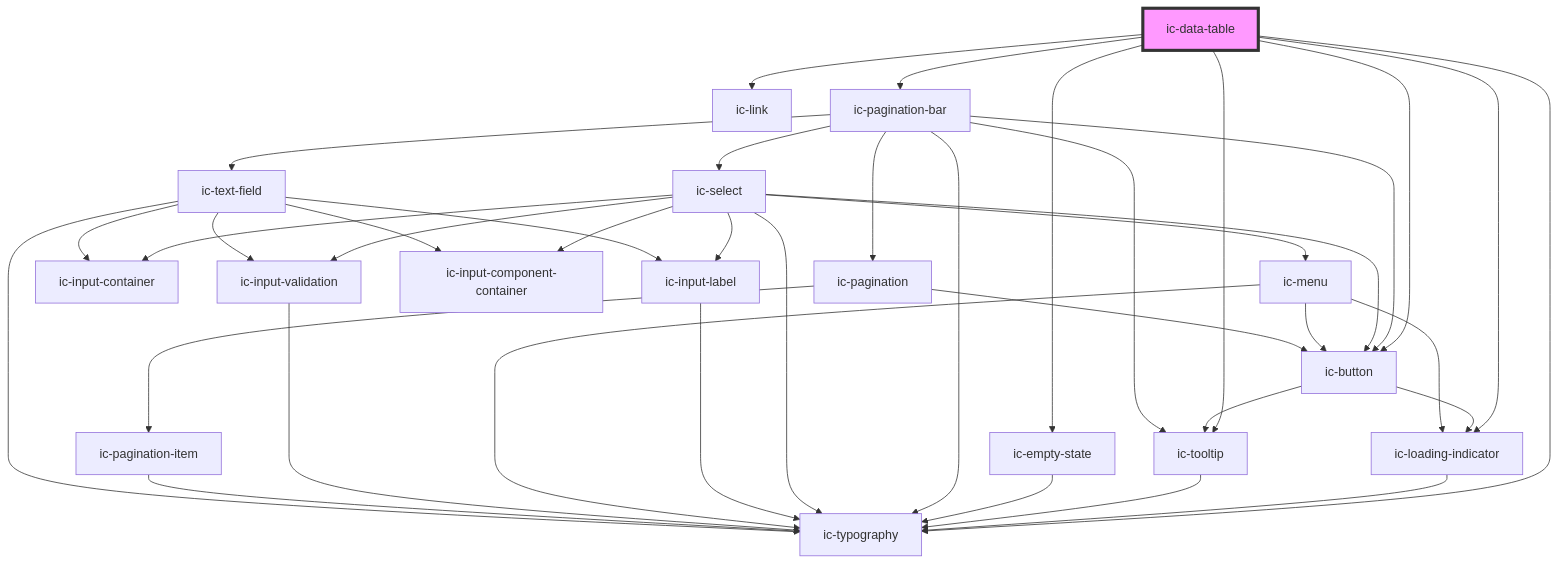
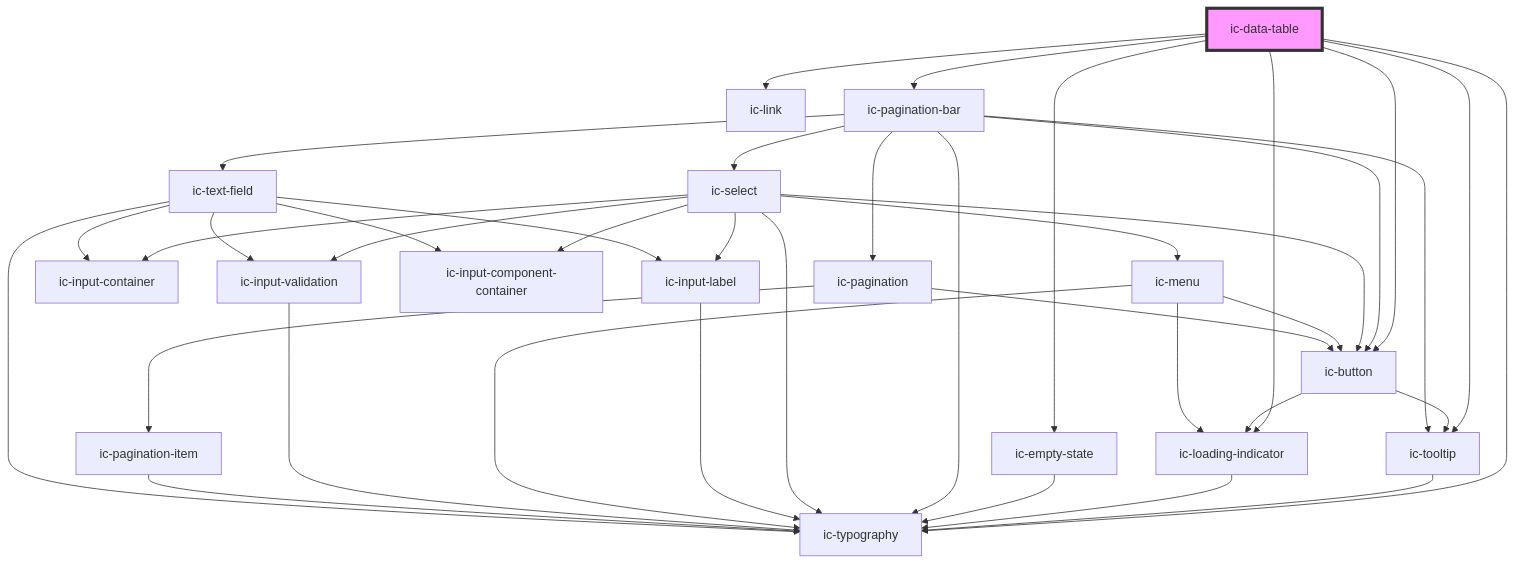
The diagram in packages/canary-web-components/src/components/ic-data-table/readme.md (ab2583/ic-ui-kit), drawn with Mermaid before and after one commit. The commit also changed other lines of this file and 15 other files, not shown here.

````diff
--- a/packages/canary-web-components/src/components/ic-data-table/readme.md
+++ b/packages/canary-web-components/src/components/ic-data-table/readme.md
@@ -84,42 +84,42 @@
 ```mermaid
 graph TD;
+  ic-data-table --> ic-tooltip
   ic-data-table --> ic-loading-indicator
   ic-data-table --> ic-typography
   ic-data-table --> ic-link
   ic-data-table --> ic-button
-  ic-data-table --> ic-tooltip
   ic-data-table --> ic-empty-state
   ic-data-table --> ic-pagination-bar
+  ic-tooltip --> ic-typography
   ic-loading-indicator --> ic-typography
   ic-button --> ic-loading-indicator
   ic-button --> ic-tooltip
-  ic-tooltip --> ic-typography
   ic-empty-state --> ic-typography
   ic-pagination-bar --> ic-typography
   ic-pagination-bar --> ic-select
   ic-pagination-bar --> ic-pagination
   ic-pagination-bar --> ic-tooltip
   ic-pagination-bar --> ic-text-field
   ic-pagination-bar --> ic-button
   ic-select --> ic-input-container
   ic-select --> ic-input-label
   ic-select --> ic-input-component-container
   ic-select --> ic-typography
   ic-select --> ic-button
   ic-select --> ic-menu
   ic-select --> ic-input-validation
   ic-input-label --> ic-typography
   ic-menu --> ic-loading-indicator
   ic-menu --> ic-typography
   ic-menu --> ic-button
   ic-input-validation --> ic-typography
   ic-pagination --> ic-button
   ic-pagination --> ic-pagination-item
   ic-pagination-item --> ic-typography
   ic-text-field --> ic-input-container
   ic-text-field --> ic-input-label
   ic-text-field --> ic-input-component-container
   ic-text-field --> ic-input-validation
   ic-text-field --> ic-typography
   style ic-data-table fill:#f9f,stroke:#333,stroke-width:4px
 ```
````
